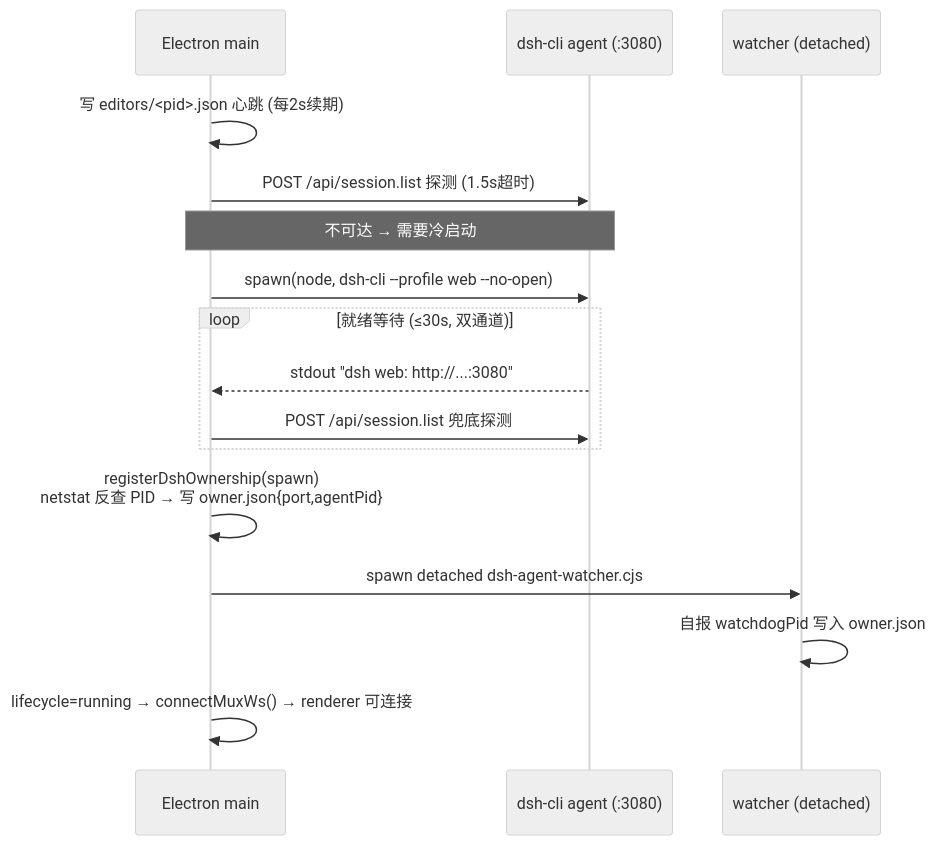
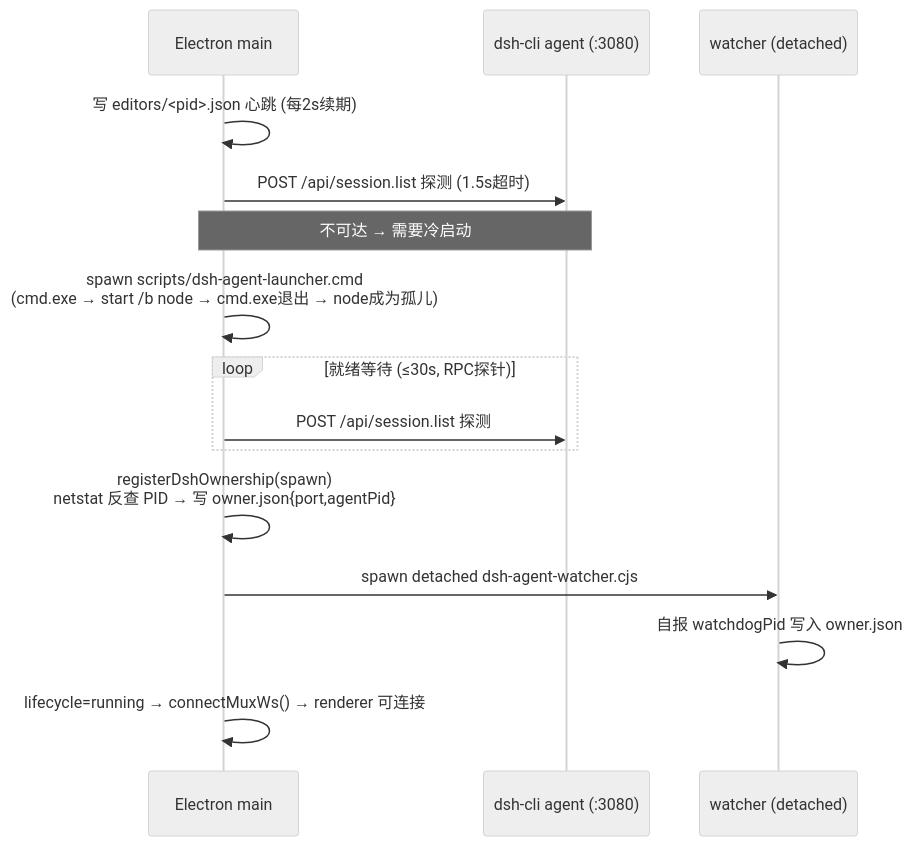
One commit to Kaplc/DemoStudio changed the first of 3 diagrams in doc/harness/dsh_engine_integration.md. Above: the diagram before and after it, drawn with Mermaid (neutral theme). The commit also changed other lines of this file and 75 other files, not shown here.

````diff
--- a/doc/harness/dsh_engine_integration.md
+++ b/doc/harness/dsh_engine_integration.md
@@ -82,19 +82,18 @@
 ```mermaid
 sequenceDiagram
     participant M as Electron main
     participant A as dsh-cli agent (:3080)
     participant W as watcher (detached)
 
     M->>M: 写 editors/<pid>.json 心跳 (每2s续期)
     M->>A: POST /api/session.list 探测 (1.5s超时)
     Note over M,A: 不可达 → 需要冷启动
-    M->>A: spawn(node, dsh-cli --profile web --no-open)
-    loop 就绪等待 (≤30s, 双通道)
-        A-->>M: stdout "dsh web: http://...:3080"
-        M->>A: POST /api/session.list 兜底探测
+    M->>M: spawn scripts/dsh-agent-launcher.cmd<br/>(cmd.exe → start /b node → cmd.exe退出 → node成为孤儿)
+    loop 就绪等待 (≤30s, RPC探针)
+        M->>A: POST /api/session.list 探测
     end
     M->>M: registerDshOwnership(spawn)<br/>netstat 反查 PID → 写 owner.json{port,agentPid}
     M->>W: spawn detached dsh-agent-watcher.cjs
     W->>W: 自报 watchdogPid 写入 owner.json
     M->>M: lifecycle=running → connectMuxWs() → renderer 可连接
 ```
````
